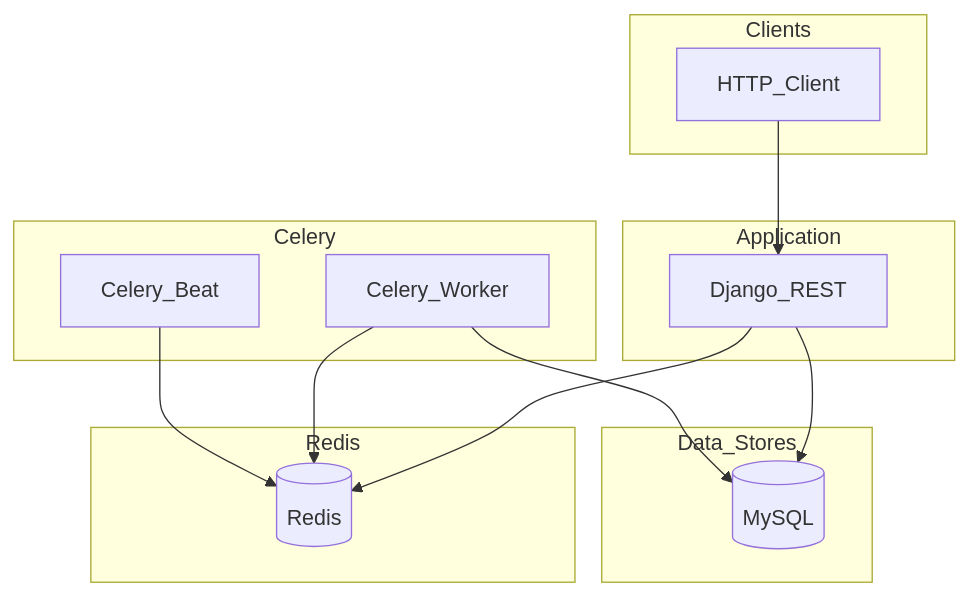
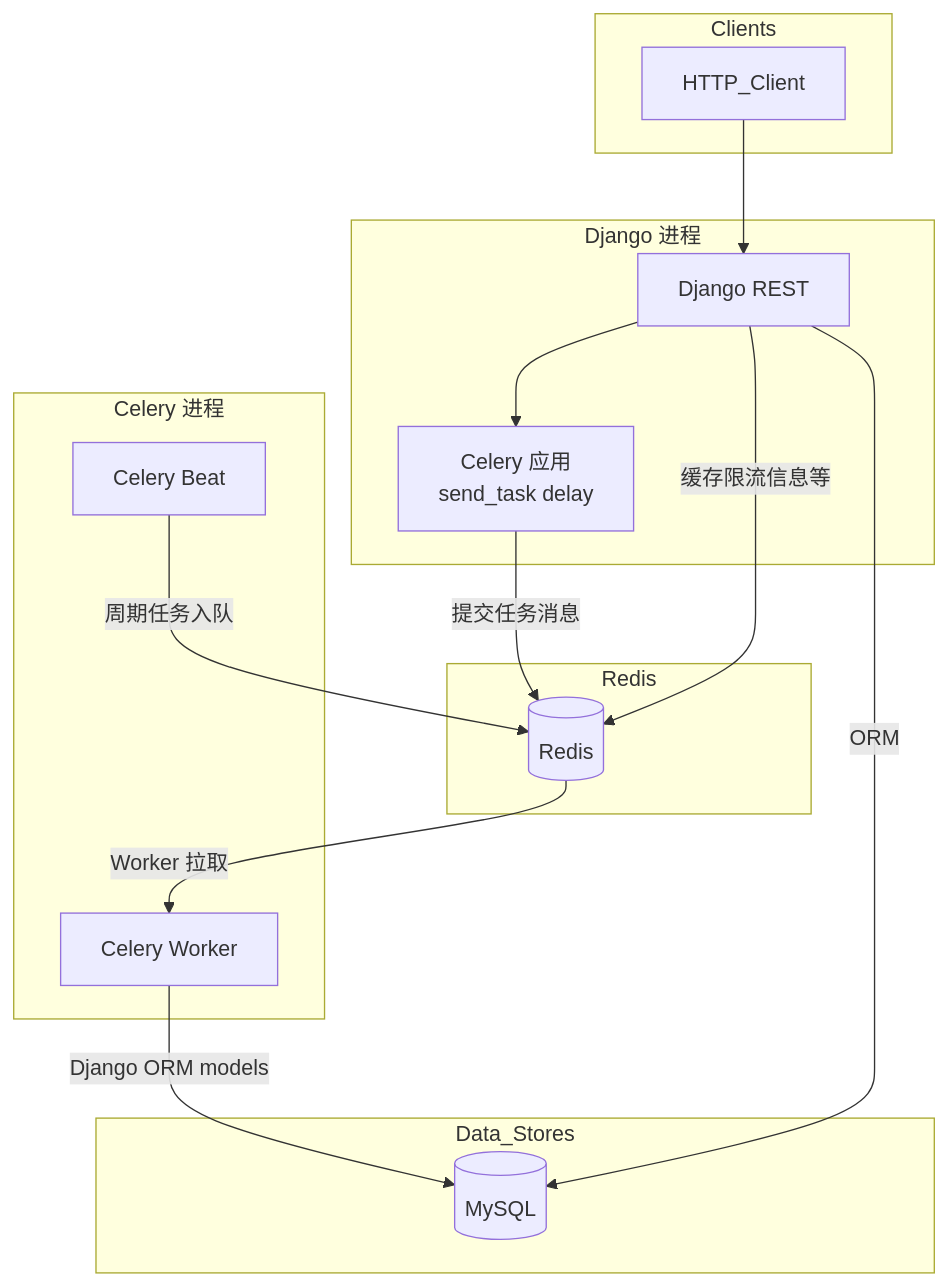
One commit to baoqian-zhang/host_mgr changed the first of 4 diagrams in README.md. Above: the diagram before and after it, drawn with Mermaid. The commit also changed other lines of this file and 12 other files, not shown here.

````diff
--- a/README.md
+++ b/README.md
@@ -60,25 +60,28 @@
 ```mermaid
 flowchart TB
   subgraph clients [Clients]
     HTTP[HTTP_Client]
   end
-  subgraph app [Application]
-    Django[Django_REST]
+  subgraph django_proc [Django 进程]
+    Django[Django REST]
+    CeleryApp[Celery 应用\nsend_task delay]
   end
   subgraph data [Data_Stores]
     MySQL[(MySQL)]
   end
   subgraph redis_layer [Redis]
     Redis[(Redis)]
   end
-  subgraph workers [Celery]
-    Worker[Celery_Worker]
-    Beat[Celery_Beat]
+  subgraph workers [Celery 进程]
+    Worker[Celery Worker]
+    Beat[Celery Beat]
   end
   HTTP --> Django
-  Django --> MySQL
-  Django --> Redis
-  Worker --> Redis
-  Worker --> MySQL
-  Beat --> Redis
+  Django -->|ORM| MySQL
+  Django -->|缓存限流信息等| Redis
+  Django --> CeleryApp
+  CeleryApp -->|提交任务消息| Redis
+  Beat -->|周期任务入队| Redis
+  Redis -->|Worker 拉取| Worker
+  Worker -->|Django ORM models| MySQL
 ```
````
